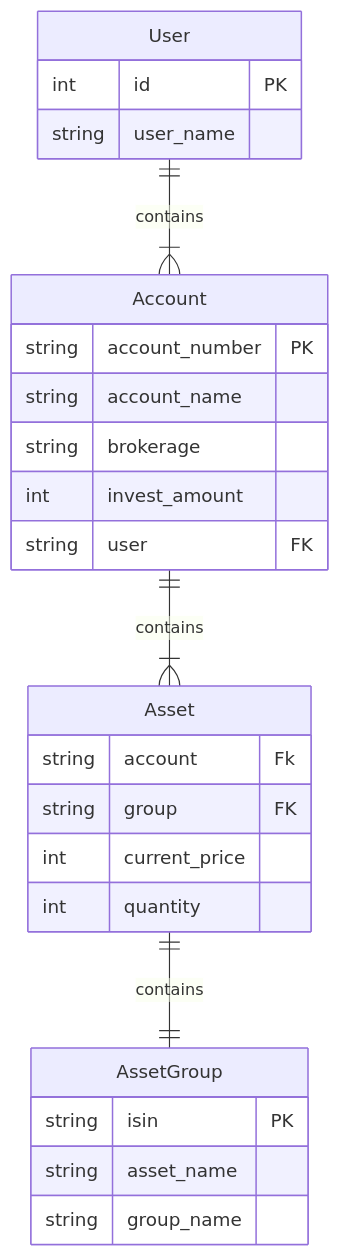
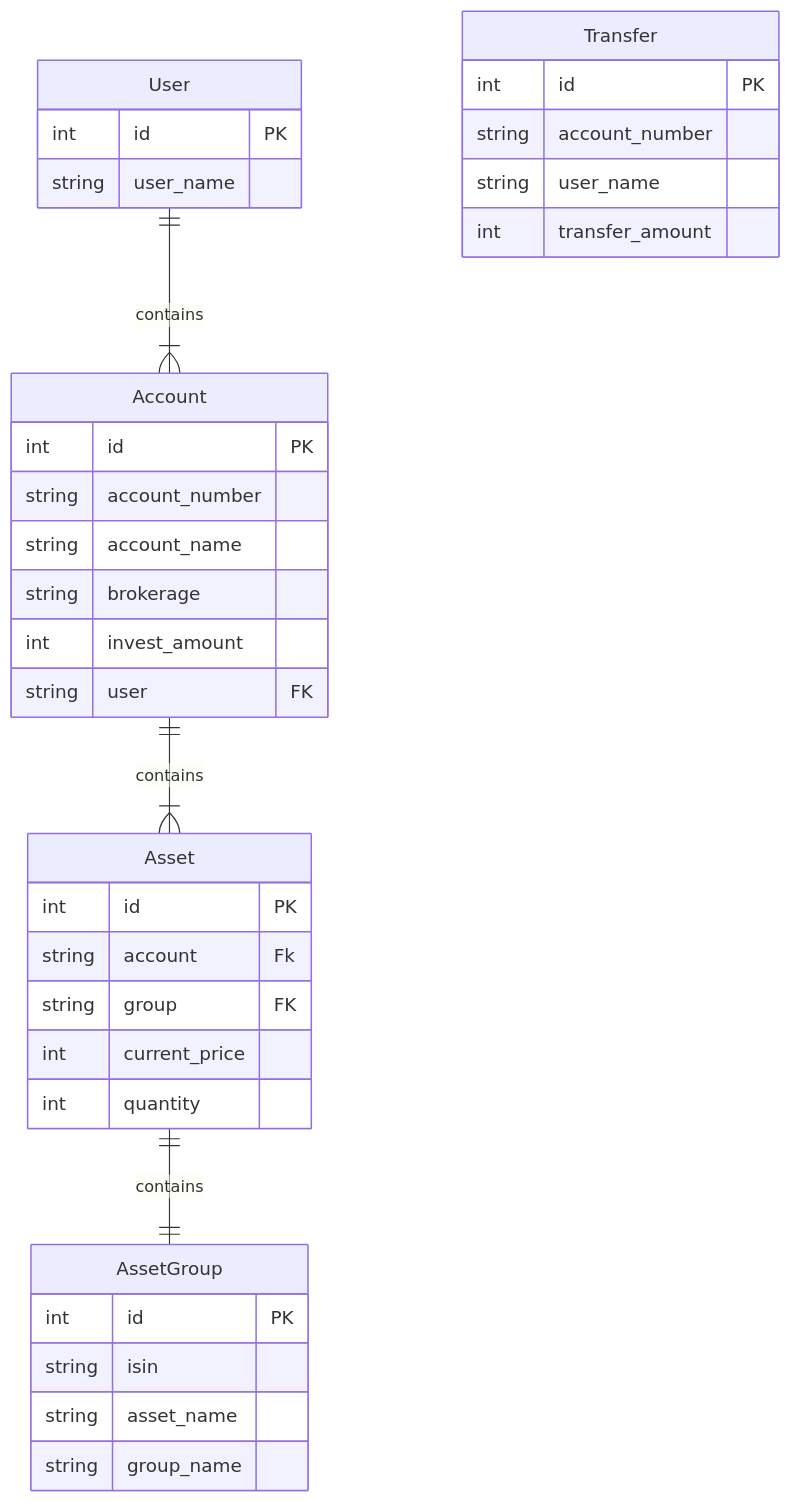
One commit to choigwanho/investment-service changed the diagram in README.md. Above: the diagram before and after it, drawn with Mermaid.

Commit message:
:memo: README.md 수정

````diff
--- a/README.md
+++ b/README.md
@@ -28,33 +28,43 @@
 ```mermaid
 erDiagram
 
     User {
             int id PK
             string user_name
     }
     
-    Account{
-            string account_number PK
+    Account {
+            int id PK
+            string account_number
             string account_name
             string brokerage
             int invest_amount
             string user FK
     }		
 
     AssetGroup {
-            string isin PK
+            int id PK
+            string isin
             string asset_name
             string group_name
     }
 
-    Asset{
+    Asset {
+            int id PK
             string account Fk
             string group FK
             int current_price
             int quantity  
     }
     
+    Transfer {
+            int id PK
+            string account_number
+            string user_name
+            int transfer_amount
+    }
+    
     User ||--|{ Account: contains
     Account ||--|{ Asset: contains
     Asset ||--|| AssetGroup : contains
 ```
````
